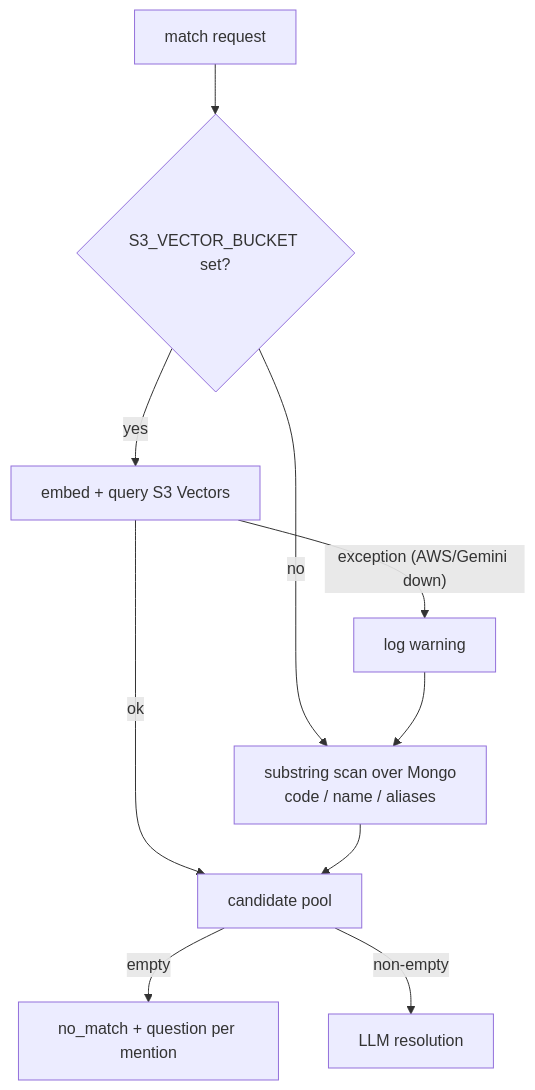
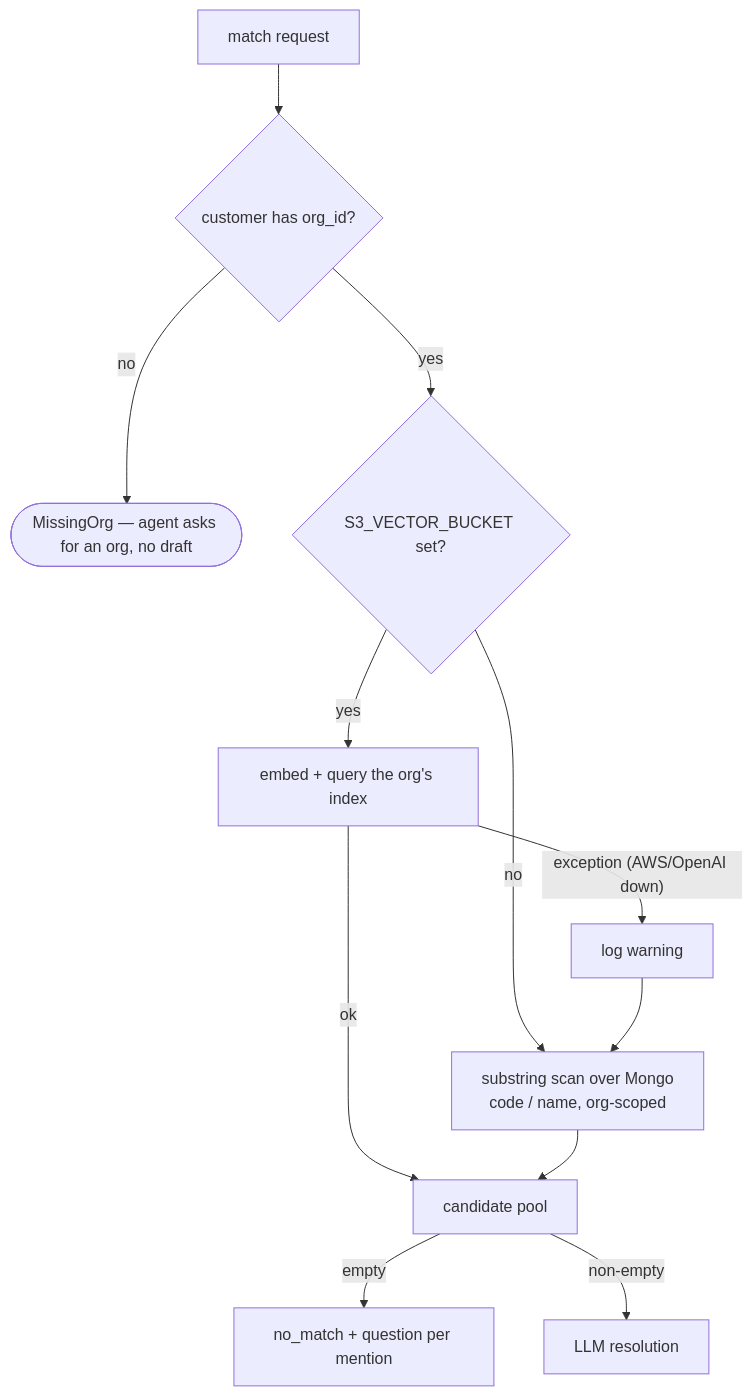
One commit to pranav-tractus/harness_agents changed the fourth of 4 diagrams in docs/embeddings-and-vector-search.md. Above: the diagram before and after it, drawn with Mermaid. The commit also changed other lines of this file and 51 other files, not shown here.

````diff
--- a/docs/embeddings-and-vector-search.md
+++ b/docs/embeddings-and-vector-search.md
@@ -187,11 +287,13 @@
 ```mermaid
 flowchart TB
-  Q[match request] --> AV{S3_VECTOR_BUCKET set?}
-  AV -- no --> FB[substring scan over Mongo<br/>code / name / aliases]
-  AV -- yes --> TRY[embed + query S3 Vectors]
+  Q[match request] --> ORG{customer has org_id?}
+  ORG -- no --> ABORT(["MissingOrg — agent asks for an org, no draft"])
+  ORG -- yes --> AV{S3_VECTOR_BUCKET set?}
+  AV -- no --> FB["substring scan over Mongo<br/>code / name, org-scoped"]
+  AV -- yes --> TRY[embed + query the org's index]
   TRY -- ok --> POOL[candidate pool]
-  TRY -- "exception (AWS/Gemini down)" --> WARN[log warning] --> FB
+  TRY -- "exception (AWS/OpenAI down)" --> WARN[log warning] --> FB
   FB --> POOL
   POOL -- empty --> NOQ[no_match + question per mention]
   POOL -- non-empty --> RES[LLM resolution]
 ```
````
